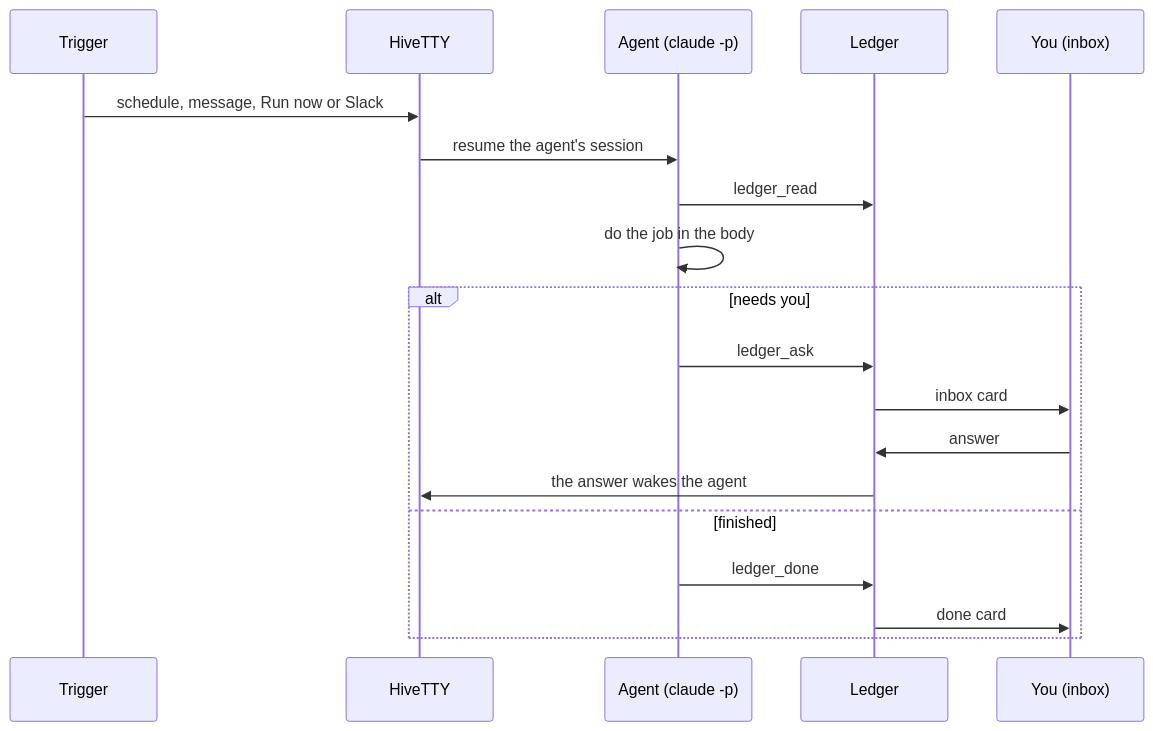
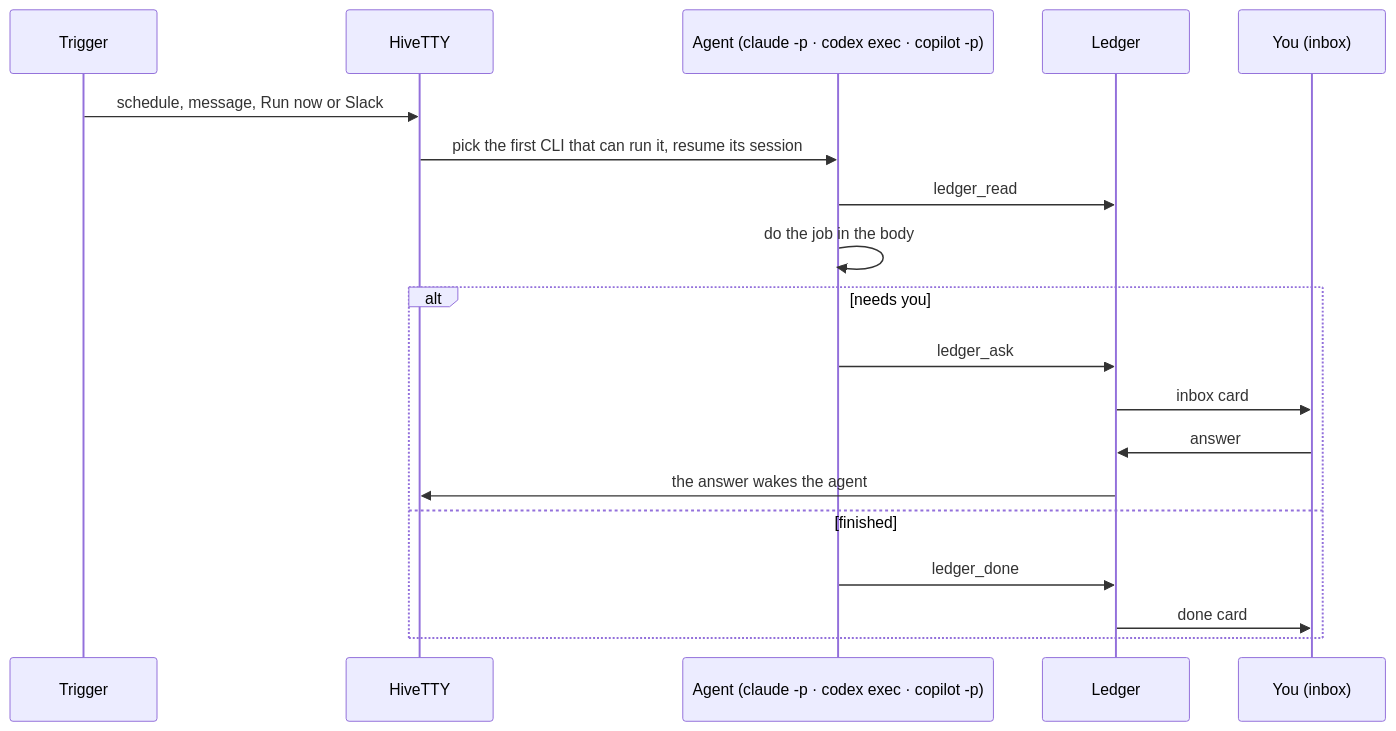
Before and after one commit to behiques/hivetty: the diagram in docs/assets/diagrams/agent-wake.mmd, drawn with Mermaid. The commit also changed 67 other files, not shown here.

```diff
--- a/docs/assets/diagrams/agent-wake.mmd
+++ b/docs/assets/diagrams/agent-wake.mmd
@@ -1,19 +1,19 @@
 sequenceDiagram
   participant T as Trigger
   participant H as HiveTTY
-  participant A as Agent (claude -p)
+  participant A as Agent (claude -p · codex exec · copilot -p)
   participant L as Ledger
   participant U as You (inbox)
   T->>H: schedule, message, Run now or Slack
-  H->>A: resume the agent's session
+  H->>A: pick the first CLI that can run it, resume its session
   A->>L: ledger_read
   A->>A: do the job in the body
   alt needs you
     A->>L: ledger_ask
     L->>U: inbox card
     U->>L: answer
     L->>H: the answer wakes the agent
   else finished
     A->>L: ledger_done
     L->>U: done card
   end
```
